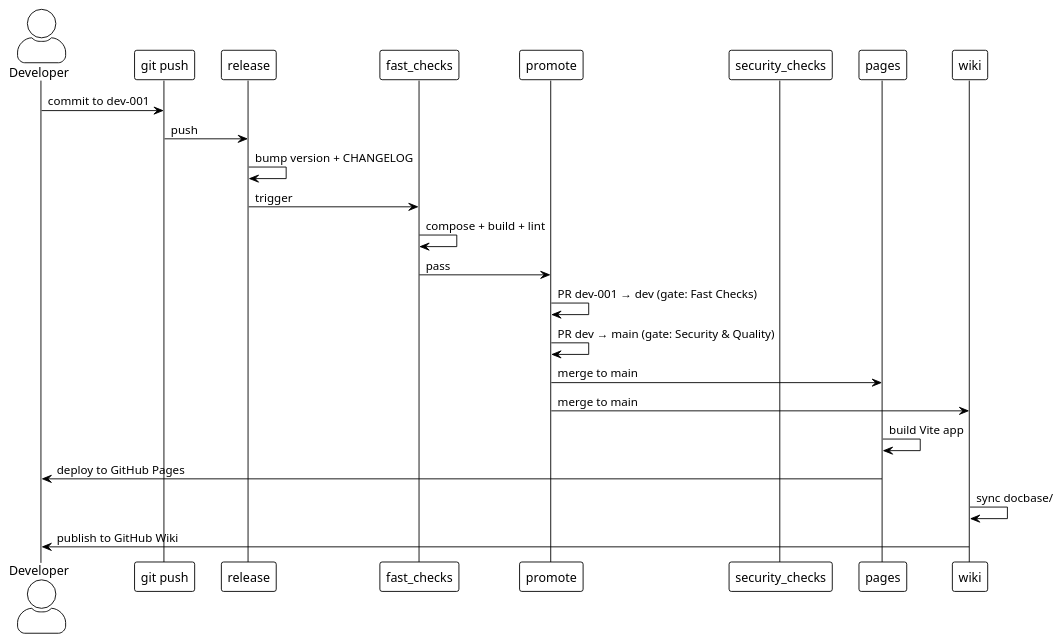
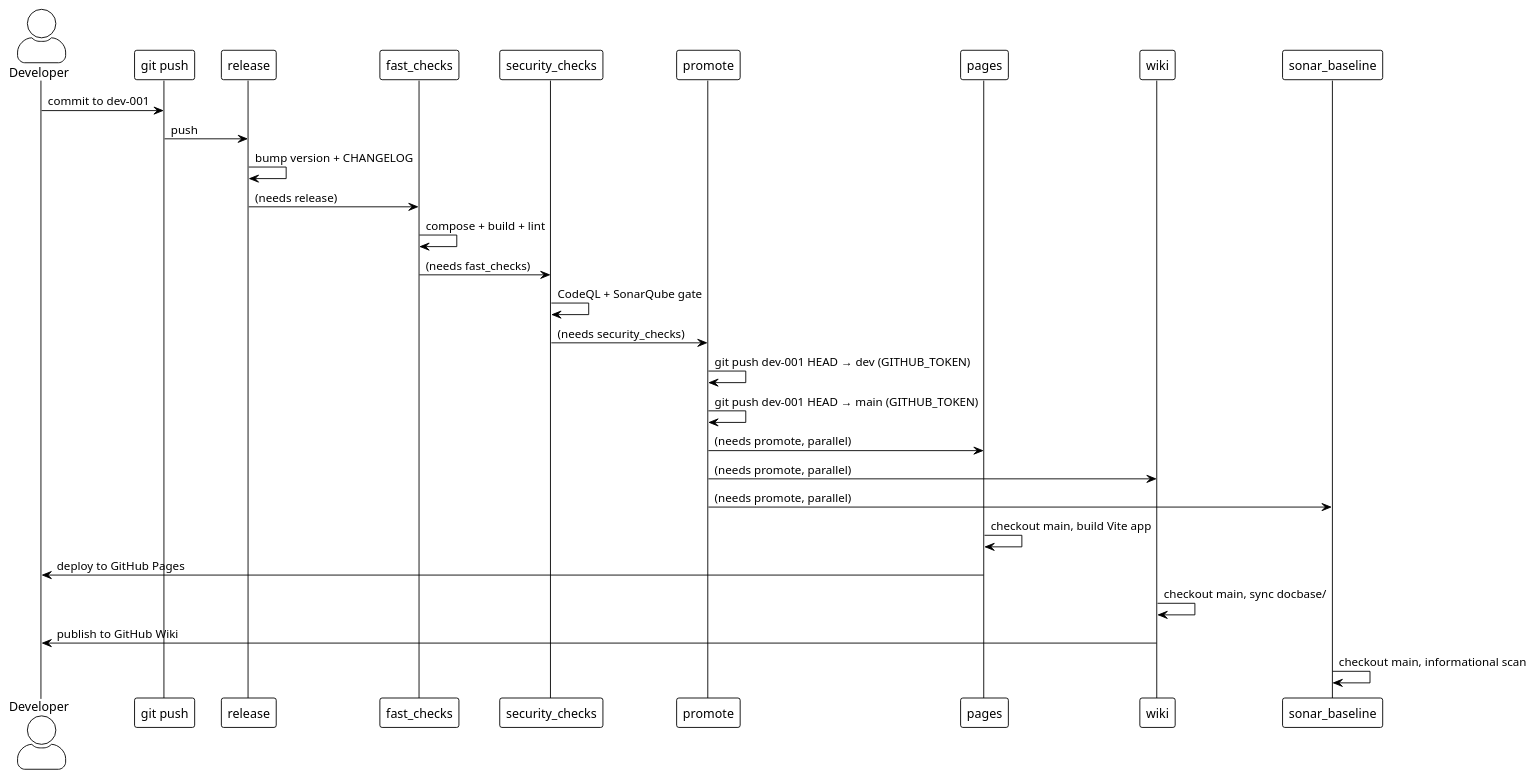
One commit to Mcc-Mak/opencode-sandbox-demo changed the second of 2 diagrams in docbase/docs/QuickStart.md. Above: the diagram before and after it, drawn with PlantUML. The commit also changed 8 other files, not shown here.

````diff
--- a/docbase/docs/QuickStart.md
+++ b/docbase/docs/QuickStart.md
@@ -60,30 +60,35 @@
 ```plantuml
 @startuml
 !theme plain
 skinparam actorStyle awesome
 
 actor Developer as dev
 participant "git push" as git
 participant "release" as rls
 participant "fast_checks" as fc
+participant "security_checks" as sec
 participant "promote" as prom
-participant "security_checks" as sec
 participant "pages" as pg
 participant "wiki" as wk
+participant "sonar_baseline" as sb
 
 dev -> git : commit to dev-001
 git -> rls : push
 rls -> rls : bump version + CHANGELOG
-rls -> fc : trigger
+rls -> fc : (needs release)
 fc -> fc : compose + build + lint
-fc -> prom : pass
-prom -> prom : PR dev-001 → dev (gate: Fast Checks)
-prom -> prom : PR dev → main (gate: Security & Quality)
-prom -> pg : merge to main
-prom -> wk : merge to main
-pg -> pg : build Vite app
+fc -> sec : (needs fast_checks)
+sec -> sec : CodeQL + SonarQube gate
+sec -> prom : (needs security_checks)
+prom -> prom : git push dev-001 HEAD → dev (GITHUB_TOKEN)
+prom -> prom : git push dev-001 HEAD → main (GITHUB_TOKEN)
+prom -> pg : (needs promote, parallel)
+prom -> wk : (needs promote, parallel)
+prom -> sb : (needs promote, parallel)
+pg -> pg : checkout main, build Vite app
 pg -> dev : deploy to GitHub Pages
-wk -> wk : sync docbase/
+wk -> wk : checkout main, sync docbase/
 wk -> dev : publish to GitHub Wiki
+sb -> sb : checkout main, informational scan
 @enduml
 ```
````
